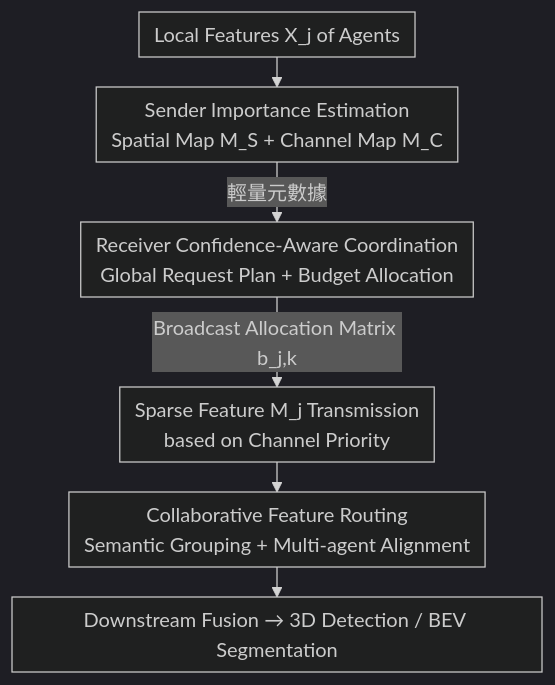
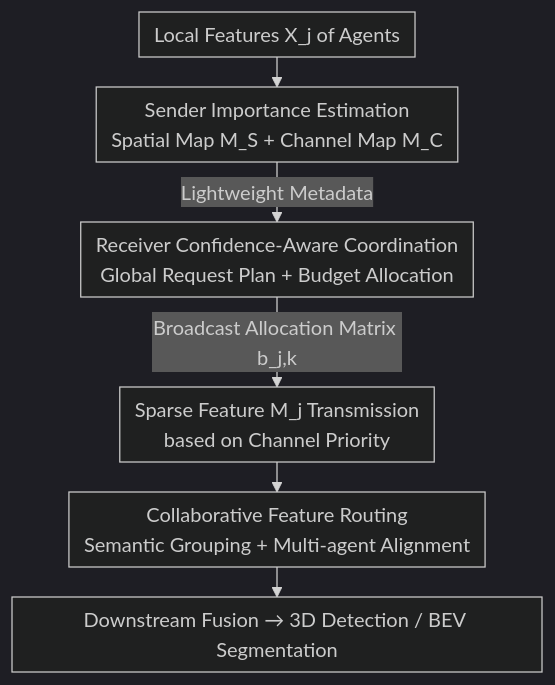
One commit to zhaoyang97/Paper-Notes-en changed the diagram in docs/CVPR2026/autonomous_driving/whispernet_a_scalable_solution_for_bandwidth-efficient_collaboration.md. Above: the diagram before and after it, drawn with Mermaid (dark theme). The commit also changed 644 other files, not shown here.

````diff
--- a/docs/CVPR2026/autonomous_driving/whispernet_a_scalable_solution_for_bandwidth-efficient_collaboration.md
+++ b/docs/CVPR2026/autonomous_driving/whispernet_a_scalable_solution_for_bandwidth-efficient_collaboration.md
@@ -53,9 +53,9 @@
 ```mermaid
 %%{init: {'flowchart': {'rankSpacing': 24, 'nodeSpacing': 28, 'padding': 6, 'wrappingWidth': 400}}}%%
 flowchart TD
     A["Local Features X_j of Agents"] --> B["Sender Importance Estimation<br/>Spatial Map M_S + Channel Map M_C"]
-    B -->|"輕量元數據"| C["Receiver Confidence-Aware Coordination<br/>Global Request Plan + Budget Allocation"]
+    B -->|"Lightweight Metadata"| C["Receiver Confidence-Aware Coordination<br/>Global Request Plan + Budget Allocation"]
     C -->|"Broadcast Allocation Matrix b_j,k"| D["Sparse Feature M_j Transmission<br/>based on Channel Priority"]
     D --> E["Collaborative Feature Routing<br/>Semantic Grouping + Multi-agent Alignment"]
     E --> F["Downstream Fusion → 3D Detection / BEV Segmentation"]
 ```
````
